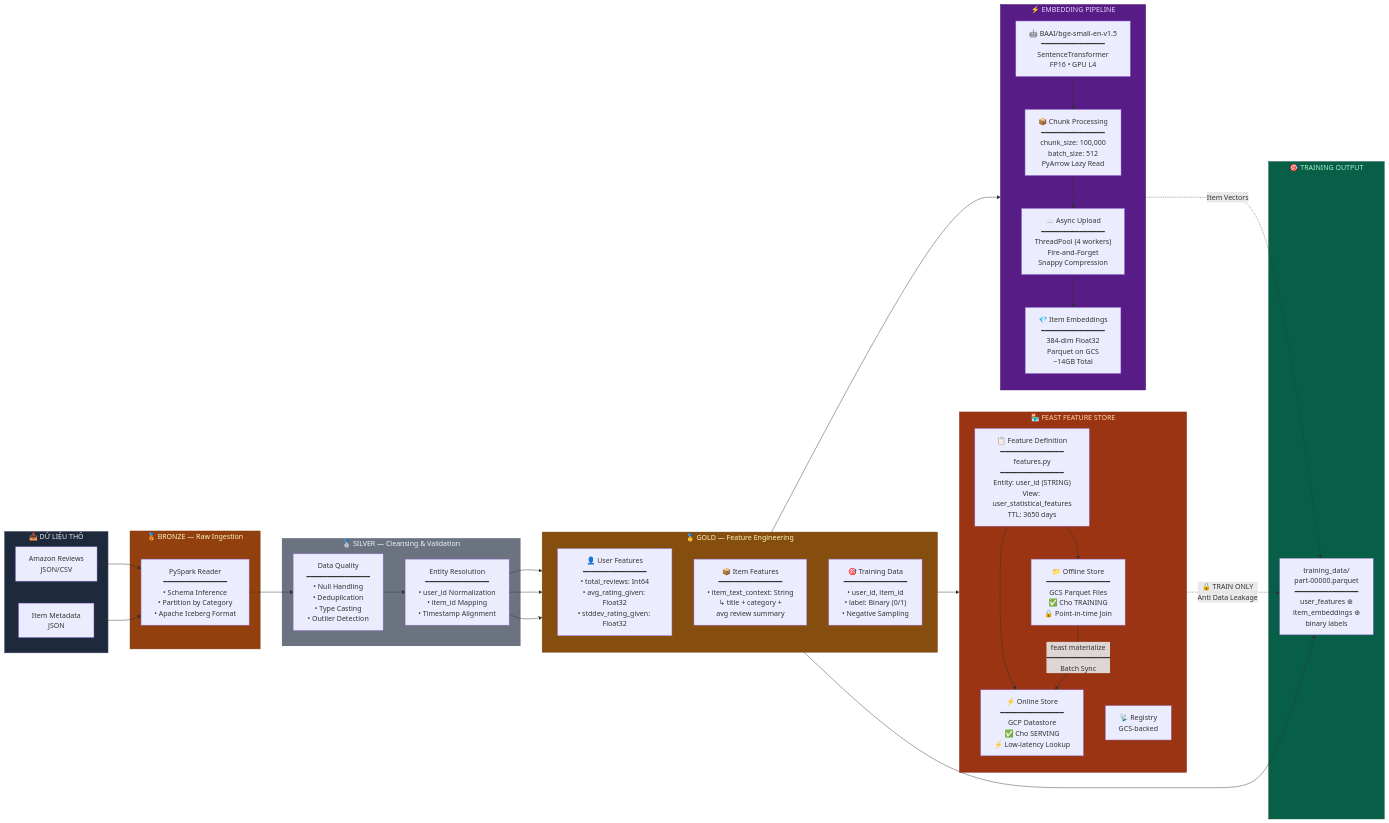
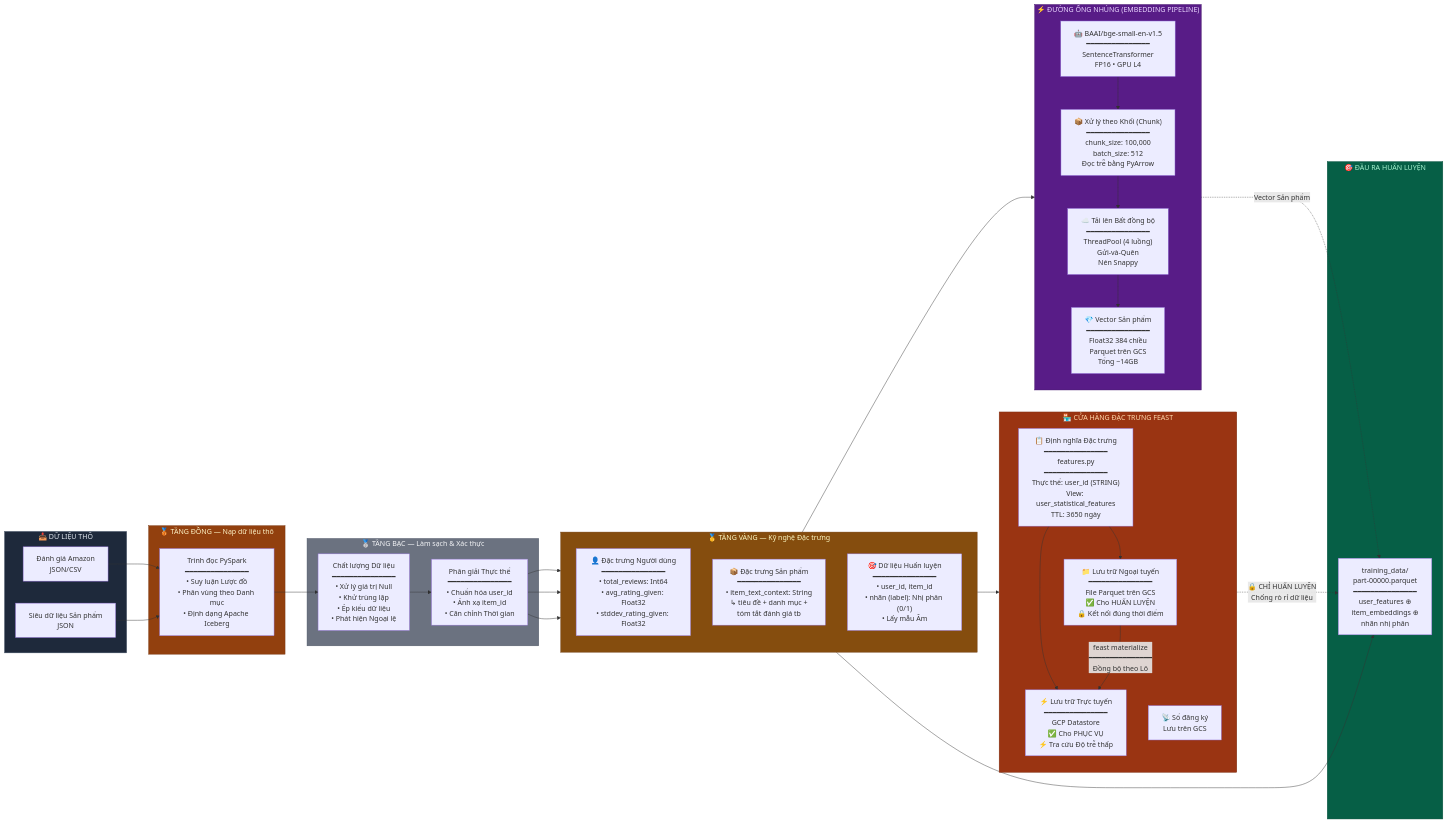
Before and after one commit to DIOquang/mining_massive: the second of 5 diagrams in README.md, drawn with Mermaid. The commit also changed other lines of this file, not shown here.

````diff
--- a/README.md
+++ b/README.md
@@ -147,63 +147,63 @@
 ```mermaid
 flowchart LR
     subgraph RAW["📥 DỮ LIỆU THÔ"]
-        R1["Amazon Reviews<br/>JSON/CSV"]
-        R2["Item Metadata<br/>JSON"]
+        R1["Đánh giá Amazon<br/>JSON/CSV"]
+        R2["Siêu dữ liệu Sản phẩm<br/>JSON"]
     end
 
-    subgraph BRONZE_LAYER["🥉 BRONZE — Raw Ingestion"]
-        B1["PySpark Reader<br/>━━━━━━━━━━━━━━━<br/>• Schema Inference<br/>• Partition by Category<br/>• Apache Iceberg Format"]
+    subgraph BRONZE_LAYER["🥉 TẦNG ĐỒNG — Nạp dữ liệu thô"]
+        B1["Trình đọc PySpark<br/>━━━━━━━━━━━━━━━<br/>• Suy luận Lược đồ<br/>• Phân vùng theo Danh mục<br/>• Định dạng Apache Iceberg"]
     end
 
-    subgraph SILVER_LAYER["🥈 SILVER — Cleansing & Validation"]
-        S1["Data Quality<br/>━━━━━━━━━━━━━━━<br/>• Null Handling<br/>• Deduplication<br/>• Type Casting<br/>• Outlier Detection"]
-        S2["Entity Resolution<br/>━━━━━━━━━━━━━━━<br/>• user_id Normalization<br/>• item_id Mapping<br/>• Timestamp Alignment"]
+    subgraph SILVER_LAYER["🥈 TẦNG BẠC — Làm sạch & Xác thực"]
+        S1["Chất lượng Dữ liệu<br/>━━━━━━━━━━━━━━━<br/>• Xử lý giá trị Null<br/>• Khử trùng lặp<br/>• Ép kiểu dữ liệu<br/>• Phát hiện Ngoại lệ"]
+        S2["Phân giải Thực thể<br/>━━━━━━━━━━━━━━━<br/>• Chuẩn hóa user_id<br/>• Ánh xạ item_id<br/>• Căn chỉnh Thời gian"]
     end
 
-    subgraph GOLD_LAYER["🥇 GOLD — Feature Engineering"]
+    subgraph GOLD_LAYER["🥇 TẦNG VÀNG — Kỹ nghệ Đặc trưng"]
         direction TB
-        G1["👤 User Features<br/>━━━━━━━━━━━━━━━<br/>• total_reviews: Int64<br/>• avg_rating_given: Float32<br/>• stddev_rating_given: Float32"]
-        G2["📦 Item Features<br/>━━━━━━━━━━━━━━━<br/>• item_text_context: String<br/>  ↳ title + category +<br/>    avg review summary"]
-        G3["🎯 Training Data<br/>━━━━━━━━━━━━━━━<br/>• user_id, item_id<br/>• label: Binary (0/1)<br/>• Negative Sampling"]
+        G1["👤 Đặc trưng Người dùng<br/>━━━━━━━━━━━━━━━<br/>• total_reviews: Int64<br/>• avg_rating_given: Float32<br/>• stddev_rating_given: Float32"]
+        G2["📦 Đặc trưng Sản phẩm<br/>━━━━━━━━━━━━━━━<br/>• item_text_context: String<br/>  ↳ tiêu đề + danh mục +<br/>    tóm tắt đánh giá tb"]
+        G3["🎯 Dữ liệu Huấn luyện<br/>━━━━━━━━━━━━━━━<br/>• user_id, item_id<br/>• nhãn (label): Nhị phân (0/1)<br/>• Lấy mẫu Âm"]
     end
 
-    subgraph FEAST_STORE["🏪 FEAST FEATURE STORE"]
+    subgraph FEAST_STORE["🏪 CỬA HÀNG ĐẶC TRƯNG FEAST"]
         direction TB
-        FS_DEF["📋 Feature Definition<br/>━━━━━━━━━━━━━━━<br/>features.py<br/>━━━━━━━━━━━━━━━<br/>Entity: user_id (STRING)<br/>View: user_statistical_features<br/>TTL: 3650 days"]
-        FS_OFFLINE["📁 Offline Store<br/>━━━━━━━━━━━━━━━<br/>GCS Parquet Files<br/>✅ Cho TRAINING<br/>🔒 Point-in-time Join"]
-        FS_ONLINE["⚡ Online Store<br/>━━━━━━━━━━━━━━━<br/>GCP Datastore<br/>✅ Cho SERVING<br/>⚡ Low-latency Lookup"]
-        FS_REG["📡 Registry<br/>GCS-backed"]
+        FS_DEF["📋 Định nghĩa Đặc trưng<br/>━━━━━━━━━━━━━━━<br/>features.py<br/>━━━━━━━━━━━━━━━<br/>Thực thể: user_id (STRING)<br/>View: user_statistical_features<br/>TTL: 3650 ngày"]
+        FS_OFFLINE["📁 Lưu trữ Ngoại tuyến<br/>━━━━━━━━━━━━━━━<br/>File Parquet trên GCS<br/>✅ Cho HUẤN LUYỆN<br/>🔒 Kết nối đúng thời điểm"]
+        FS_ONLINE["⚡ Lưu trữ Trực tuyến<br/>━━━━━━━━━━━━━━━<br/>GCP Datastore<br/>✅ Cho PHỤC VỤ<br/>⚡ Tra cứu Độ trễ thấp"]
+        FS_REG["📡 Sổ đăng ký<br/>Lưu trên GCS"]
         FS_DEF --> FS_OFFLINE & FS_ONLINE
-        FS_OFFLINE -->|"feast materialize<br/>━━━━━━━━━━━━━━━<br/>Batch Sync"| FS_ONLINE
+        FS_OFFLINE -->|"feast materialize<br/>━━━━━━━━━━━━━━━<br/>Đồng bộ theo Lô"| FS_ONLINE
     end
 
-    subgraph EMBEDDING_PIPELINE["⚡ EMBEDDING PIPELINE"]
+    subgraph EMBEDDING_PIPELINE["⚡ ĐƯỜNG ỐNG NHÚNG (EMBEDDING PIPELINE)"]
         direction TB
         EMB_MODEL["🤖 BAAI/bge-small-en-v1.5<br/>━━━━━━━━━━━━━━━<br/>SentenceTransformer<br/>FP16 • GPU L4"]
-        EMB_CHUNK["📦 Chunk Processing<br/>━━━━━━━━━━━━━━━<br/>chunk_size: 100,000<br/>batch_size: 512<br/>PyArrow Lazy Read"]
-        EMB_UPLOAD["☁️ Async Upload<br/>━━━━━━━━━━━━━━━<br/>ThreadPool (4 workers)<br/>Fire-and-Forget<br/>Snappy Compression"]
-        EMB_OUTPUT["💎 Item Embeddings<br/>━━━━━━━━━━━━━━━<br/>384-dim Float32<br/>Parquet on GCS<br/>~14GB Total"]
+        EMB_CHUNK["📦 Xử lý theo Khối (Chunk)<br/>━━━━━━━━━━━━━━━<br/>chunk_size: 100,000<br/>batch_size: 512<br/>Đọc trễ bằng PyArrow"]
+        EMB_UPLOAD["☁️ Tải lên Bất đồng bộ<br/>━━━━━━━━━━━━━━━<br/>ThreadPool (4 luồng)<br/>Gửi-và-Quên<br/>Nén Snappy"]
+        EMB_OUTPUT["💎 Vector Sản phẩm<br/>━━━━━━━━━━━━━━━<br/>Float32 384 chiều<br/>Parquet trên GCS<br/>Tổng ~14GB"]
         EMB_MODEL --> EMB_CHUNK --> EMB_UPLOAD --> EMB_OUTPUT
     end
 
-    subgraph TRAINING_DATA["🎯 TRAINING OUTPUT"]
-        TD["training_data/<br/>part-00000.parquet<br/>━━━━━━━━━━━━━━━<br/>user_features ⊕<br/>item_embeddings ⊕<br/>binary labels"]
+    subgraph TRAINING_DATA["🎯 ĐẦU RA HUẤN LUYỆN"]
+        TD["training_data/<br/>part-00000.parquet<br/>━━━━━━━━━━━━━━━<br/>user_features ⊕<br/>item_embeddings ⊕<br/>nhãn nhị phân"]
     end
 
     R1 & R2 --> B1
     B1 --> S1 --> S2
     S2 --> G1 & G2 & G3
     G1 --> FS_DEF
     G2 --> EMB_MODEL
     G3 --> TD
-    FS_OFFLINE -.->|"🔒 TRAIN ONLY<br/>Anti Data Leakage"| TD
-    EMB_OUTPUT -.->|"Item Vectors"| TD
+    FS_OFFLINE -.->|"🔒 CHỈ HUẤN LUYỆN<br/>Chống rò rỉ dữ liệu"| TD
+    EMB_OUTPUT -.->|"Vector Sản phẩm"| TD
 
     style RAW fill:#1e293b,stroke:#475569,color:#e2e8f0
     style BRONZE_LAYER fill:#92400e,stroke:#78350f,color:#fef3c7
     style SILVER_LAYER fill:#6b7280,stroke:#4b5563,color:#f3f4f6
     style GOLD_LAYER fill:#854d0e,stroke:#713f12,color:#fef9c3
     style FEAST_STORE fill:#9a3412,stroke:#7c2d12,color:#fed7aa
     style EMBEDDING_PIPELINE fill:#581c87,stroke:#3b0764,color:#e9d5ff
     style TRAINING_DATA fill:#065f46,stroke:#064e3b,color:#a7f3d0
 ```
````
